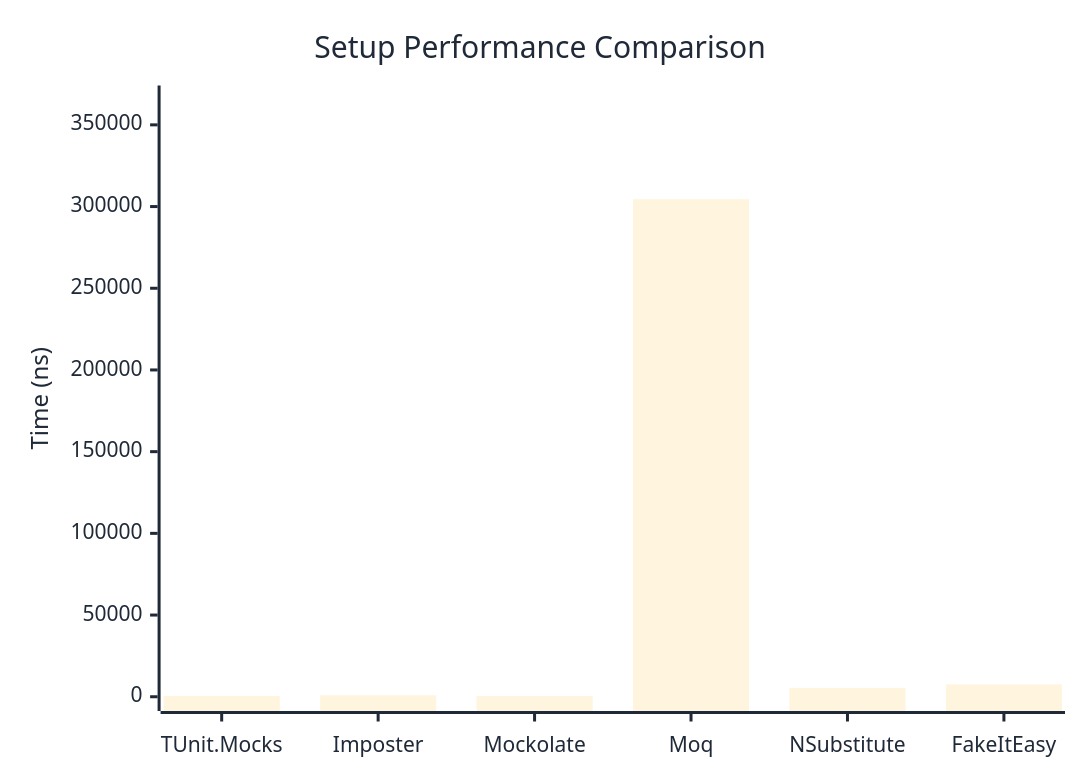
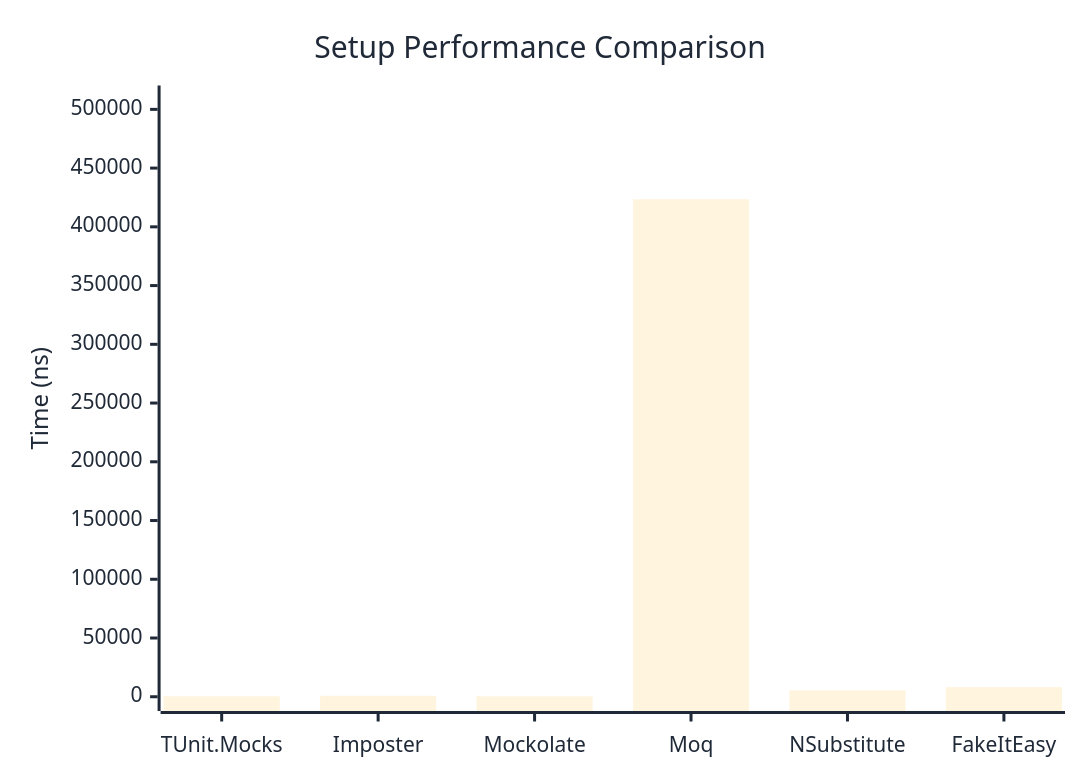
The first of 2 diagrams in docs/docs/benchmarks/mocks/Setup.md (thomhurst/TUnit), drawn with Mermaid before and after one commit. The commit also changed other lines of this file and 14 other files, not shown here.

````diff
--- a/docs/docs/benchmarks/mocks/Setup.md
+++ b/docs/docs/benchmarks/mocks/Setup.md
@@ -28,27 +28,27 @@
 ```mermaid
 %%{init: {
   'theme':'base',
   'themeVariables': {
     'primaryColor': '#2563eb',
     'primaryTextColor': '#1f2937',
     'primaryBorderColor': '#1e40af',
     'lineColor': '#6b7280',
     'secondaryColor': '#7c3aed',
     'tertiaryColor': '#dc2626',
     'background': '#ffffff',
     'pie1': '#2563eb',
     'pie2': '#7c3aed',
     'pie3': '#dc2626',
     'pie4': '#f59e0b',
     'pie5': '#10b981',
     'pie6': '#06b6d4',
     'pie7': '#ec4899',
     'pie8': '#6366f1'
   }
 }}%%
 xychart-beta
   title "Setup Performance Comparison"
   x-axis ["TUnit.Mocks", "Imposter", "Mockolate", "Moq", "NSubstitute", "FakeItEasy"]
-  y-axis "Time (ns)" 0 --> 365370
-  bar [478.4, 889.8, 374.7, 304474.6, 5426.6, 7549.8]
+  y-axis "Time (ns)" 0 --> 508180
+  bar [412.1, 796.8, 327.1, 423482.9, 5383.9, 8160.3]
 ```
````
